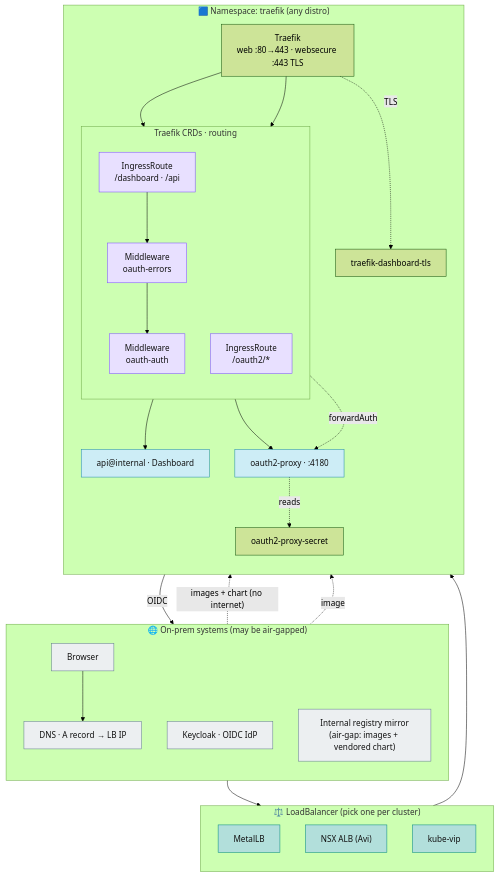
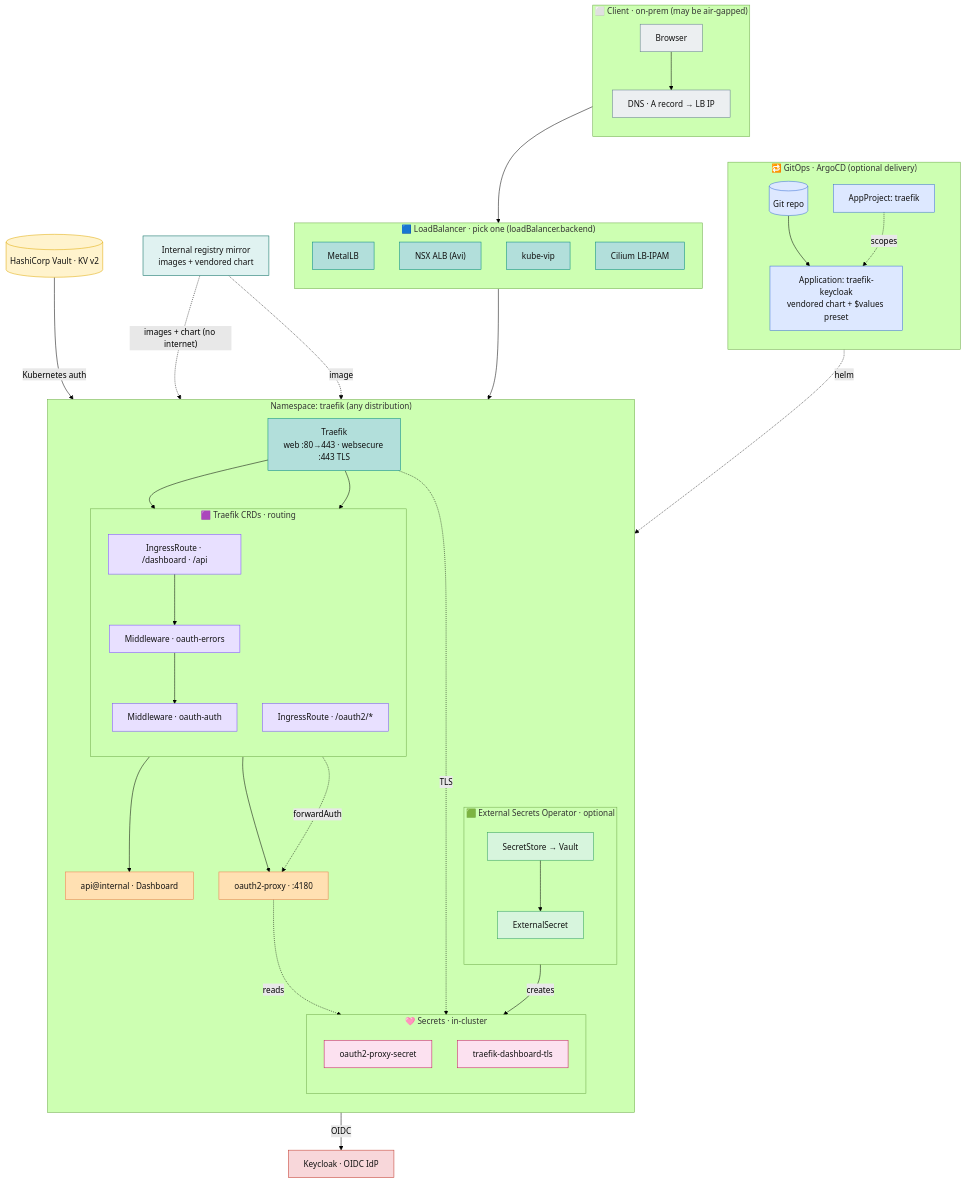
One commit to nubenetes/traefik-keycloak-portable changed the third of 6 diagrams in README.md. Above: the diagram before and after it, drawn with Mermaid (forest theme). The commit also changed other lines of this file and 1 other file, not shown here.

Commit message:
docs(readme): full architecture diagram (delivery+runtime) with legend
Match the OpenShift sibling: the §3 diagram now covers GitOps delivery, all four
LB backends, ESO/Vault secrets and the air-gap mirror, with a colour legend
mapping each group. Part of v0.1.0.

````diff
--- a/README.md
+++ b/README.md
@@ -159,49 +163,84 @@
 ```mermaid
 flowchart TB
-    subgraph EXT["🌐 On-prem systems (may be air-gapped)"]
+    subgraph EXT["⬜ Client · on-prem (may be air-gapped)"]
       direction TB
       BROWSER["Browser"]
       DNS["DNS · A record → LB IP"]
-      KC["Keycloak · OIDC IdP"]
-      MIRROR["Internal registry mirror<br>(air-gap: images + vendored chart)"]
     end
-    subgraph LBG["⚖️ LoadBalancer (pick one per cluster)"]
+    subgraph GIT["🔁 GitOps · ArgoCD (optional delivery)"]
+      direction TB
+      REPO[("Git repo")]
+      APP["Application: traefik-keycloak<br>vendored chart + $values preset"]
+      PROJ["AppProject: traefik"]
+      REPO --> APP
+      PROJ -. scopes .-> APP
+    end
+    subgraph LBG["🟦 LoadBalancer · pick one (loadBalancer.backend)"]
       direction TB
       METAL["MetalLB"]
       NSX["NSX ALB (Avi)"]
       KVIP["kube-vip"]
+      CIL["Cilium LB-IPAM"]
     end
-    subgraph NS["🟦 Namespace: traefik (any distro)"]
+    subgraph NS["Namespace: traefik (any distribution)"]
       direction TB
       TRAEFIK["Traefik<br>web :80→443 · websecure :443 TLS"]
-      subgraph RT["Traefik CRDs · routing"]
+      subgraph RT["🟪 Traefik CRDs · routing"]
         direction TB
-        IRD["IngressRoute<br>/dashboard · /api"]
-        MERR["Middleware<br>oauth-errors"]
-        MAUTH["Middleware<br>oauth-auth"]
-        IRO["IngressRoute<br>/oauth2/*"]
+        IRD["IngressRoute · /dashboard · /api"]
+        MERR["Middleware · oauth-errors"]
+        MAUTH["Middleware · oauth-auth"]
+        IRO["IngressRoute · /oauth2/*"]
       end
       API["api@internal · Dashboard"]
       O2P["oauth2-proxy · :4180"]
-      SECRET["oauth2-proxy-secret"]
-      TLS["traefik-dashboard-tls"]
+      subgraph ESOG["🟩 External Secrets Operator · optional"]
+        direction TB
+        SS["SecretStore → Vault"]
+        ES["ExternalSecret"]
+      end
+      subgraph SEC["🩷 Secrets · in-cluster"]
+        direction TB
+        SECRET["oauth2-proxy-secret"]
+        TLS["traefik-dashboard-tls"]
+      end
       TRAEFIK --> IRD --> MERR --> MAUTH --> API
       TRAEFIK --> IRO --> O2P
       MAUTH -. forwardAuth .-> O2P
       O2P -. reads .-> SECRET
       TRAEFIK -. TLS .-> TLS
+      SS --> ES
+      ES -->|creates| SECRET
     end
+    KC["Keycloak · OIDC IdP"]
+    VAULT[("HashiCorp Vault · KV v2")]
+    MIRROR["Internal registry mirror<br>images + vendored chart"]
     BROWSER --> DNS --> LBG
     LBG --> TRAEFIK
     O2P -->|OIDC| KC
+    VAULT -->|"Kubernetes auth"| ES
     MIRROR -. "images + chart (no internet)" .-> TRAEFIK
     MIRROR -. image .-> O2P
+    APP -. helm .-> TRAEFIK
+    EXT ~~~ GIT
     classDef ext fill:#ECEFF1,stroke:#607D8B,color:#111;
+    classDef idp fill:#F8D7DA,stroke:#C0392B,color:#111;
+    classDef vault fill:#FFF3CD,stroke:#E0A800,color:#111;
+    classDef mirror fill:#E0F2F1,stroke:#00695C,color:#111;
+    classDef gitops fill:#DDE8FF,stroke:#3B6FD4,color:#111;
     classDef lb fill:#B2DFDB,stroke:#00897B,color:#111;
-    classDef proxy fill:#CDEDF6,stroke:#1E8AA8,color:#111;
+    classDef app fill:#FFE0B2,stroke:#EF7B4D,color:#111;
     classDef crd fill:#E8E0FF,stroke:#7C4DFF,color:#111;
-    class BROWSER,DNS,KC,MIRROR ext;
-    class METAL,NSX,KVIP lb;
-    class O2P,API proxy;
+    classDef eso fill:#D7F5DD,stroke:#2E9E5B,color:#111;
+    classDef secret fill:#FCE1F0,stroke:#C2185B,color:#111;
+    class BROWSER,DNS ext;
+    class KC idp;
+    class VAULT vault;
+    class MIRROR mirror;
+    class REPO,APP,PROJ gitops;
+    class METAL,NSX,KVIP,CIL,TRAEFIK lb;
     class IRD,MERR,MAUTH,IRO crd;
+    class API,O2P app;
+    class SS,ES eso;
+    class SECRET,TLS secret;
 ```
````
